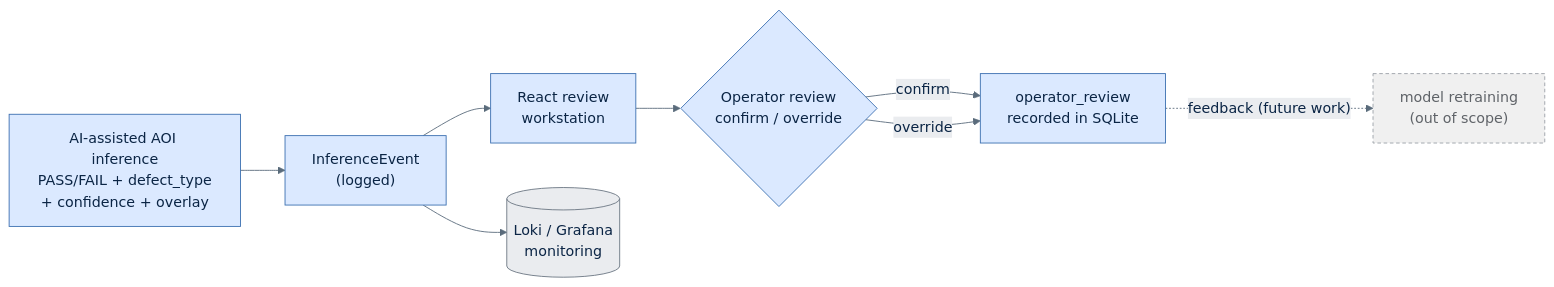
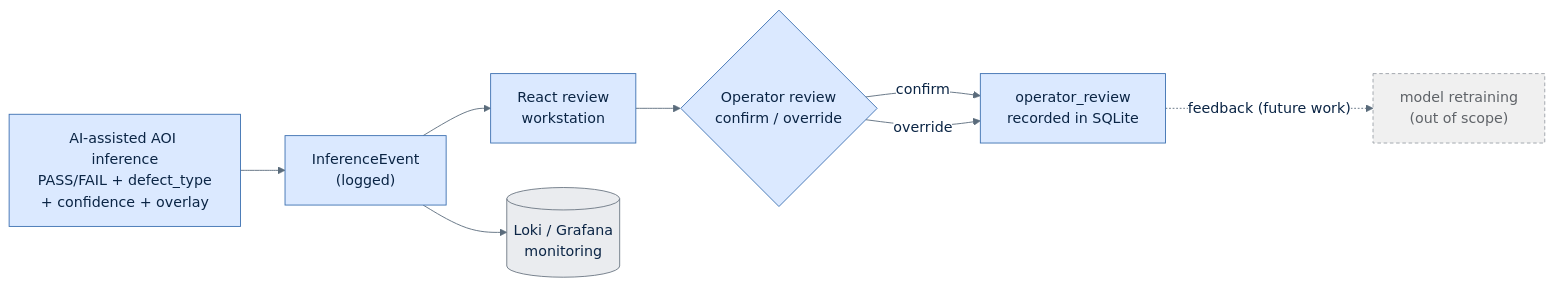
The diagram in thesis-assets/diagrams/hitl_loop.mmd (lystiger/AOI), drawn with Mermaid before and after one commit. The commit also changed 4 other files, not shown here.

Commit message:
Improve diagram edge label contrast

```diff
--- a/thesis-assets/diagrams/hitl_loop.mmd
+++ b/thesis-assets/diagrams/hitl_loop.mmd
@@ -1,16 +1,16 @@
 %% Human-in-the-loop review loop (folder 03)
 %% Render: see diagrams/README.md
-%%{init: {"theme":"base","themeVariables":{"fontFamily":"Helvetica, Arial, sans-serif","primaryColor":"#DBE9FF","primaryBorderColor":"#3B6FB0","primaryTextColor":"#0B2545","lineColor":"#5A6B7B","textColor":"#15202B","secondaryColor":"#EAECEF","tertiaryColor":"#F5F8FC","clusterBkg":"#F5F8FC","clusterBorder":"#9AA0A6"}}}%%
+%%{init: {"theme":"base","themeVariables":{"fontFamily":"Helvetica, Arial, sans-serif","primaryColor":"#DBE9FF","primaryBorderColor":"#3B6FB0","primaryTextColor":"#0B2545","lineColor":"#5A6B7B","textColor":"#15202B","secondaryColor":"#EAECEF","tertiaryColor":"#F5F8FC","clusterBkg":"#F5F8FC","clusterBorder":"#9AA0A6","edgeLabelBackground":"#FFFFFF"}}}%%
 flowchart LR
   AOI["AI-assisted AOI inference<br/>PASS/FAIL + defect_type<br/>+ confidence + overlay"] --> EV["InferenceEvent<br/>(logged)"]
   EV --> WS["React review<br/>workstation"]
   WS --> OP{"Operator review<br/>confirm / override"}
   OP -- "confirm" --> REC["operator_review<br/>recorded in SQLite"]
   OP -- "override" --> REC
   REC -. "feedback (future work)" .-> RETRAIN["model retraining<br/>(out of scope)"]
   EV --> OBS[("Loki / Grafana<br/>monitoring")]
 
   classDef store fill:#EAECEF,stroke:#6B7682,color:#0B2545;
   classDef future fill:#F0F0F0,stroke:#9AA0A6,color:#5F6368,stroke-dasharray:4 3;
   class OBS store;
   class RETRAIN future;
```
